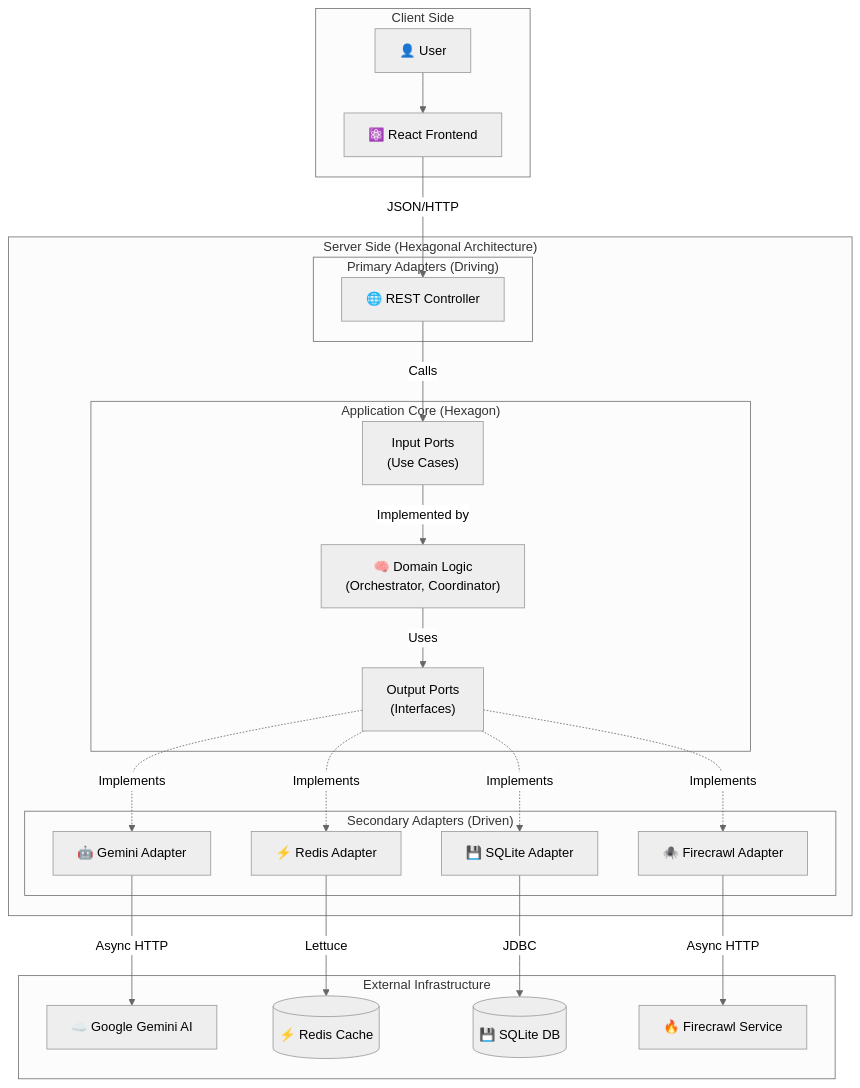
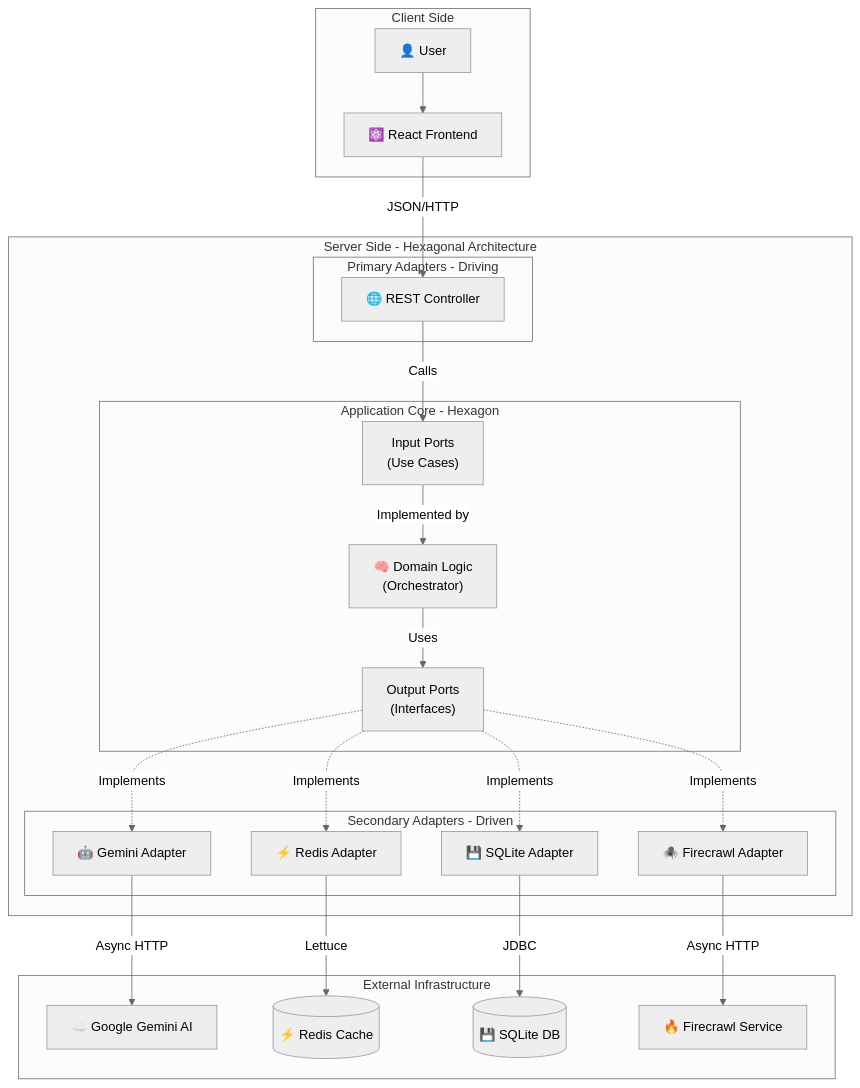
Before and after one commit to toilathuc/Summarize-with-AI: the diagram in README.md, drawn with Mermaid (neutral theme). The commit also changed 1 other file, not shown here.

Commit message:
add diagram and fix the report

````diff
--- a/README.md
+++ b/README.md
@@ -29,49 +29,49 @@
 ```mermaid
-graph TD
-    subgraph "Client Side"
+flowchart TD
+    subgraph ClientSide [Client Side]
         User[👤 User]
         FE[⚛️ React Frontend]
     end
 
-    subgraph "Server Side (Hexagonal Architecture)"
-        subgraph "Primary Adapters (Driving)"
+    subgraph ServerSide [Server Side - Hexagonal Architecture]
+        subgraph Primary [Primary Adapters - Driving]
             API[🌐 REST Controller]
         end
 
-        subgraph "Application Core (Hexagon)"
+        subgraph Core [Application Core - Hexagon]
             Ports_In["Input Ports<br/>(Use Cases)"]
-            Domain["🧠 Domain Logic<br/>(Orchestrator, Coordinator)"]
+            Domain["🧠 Domain Logic<br/>(Orchestrator)"]
             Ports_Out["Output Ports<br/>(Interfaces)"]
         end
 
-        subgraph "Secondary Adapters (Driven)"
+        subgraph Secondary [Secondary Adapters - Driven]
             GeminiClient[🤖 Gemini Adapter]
             RedisClient[⚡ Redis Adapter]
             DBClient[💾 SQLite Adapter]
             CrawlClient[🕷️ Firecrawl Adapter]
         end
     end
 
-    subgraph "External Infrastructure"
+    subgraph Infrastructure [External Infrastructure]
         Google[☁️ Google Gemini AI]
         Redis[(⚡ Redis Cache)]
         SQLite[(💾 SQLite DB)]
         Firecrawl[🔥 Firecrawl Service]
     end
 
     User --> FE
     FE -->|JSON/HTTP| API
     API -->|Calls| Ports_In
     Ports_In -->|Implemented by| Domain
     Domain -->|Uses| Ports_Out
     
     Ports_Out -.->|Implements| GeminiClient
     Ports_Out -.->|Implements| RedisClient
     Ports_Out -.->|Implements| DBClient
     Ports_Out -.->|Implements| CrawlClient
 
     GeminiClient -->|Async HTTP| Google
     RedisClient -->|Lettuce| Redis
     DBClient -->|JDBC| SQLite
     CrawlClient -->|Async HTTP| Firecrawl
 ```
````
